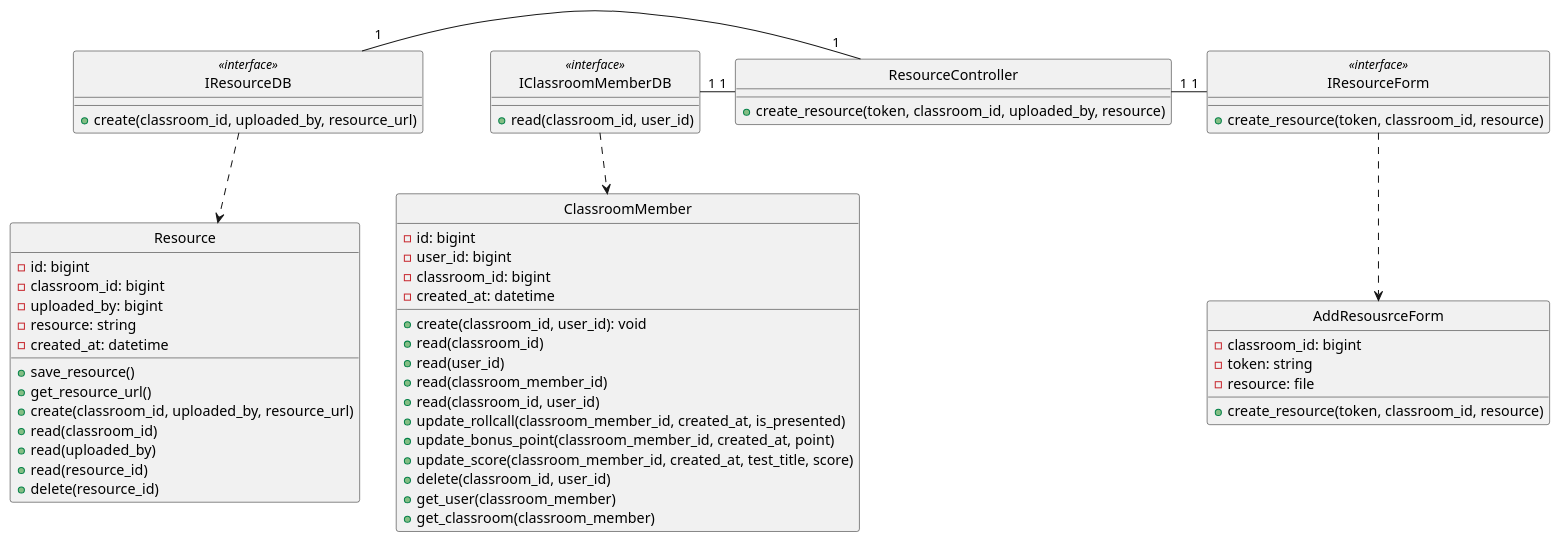
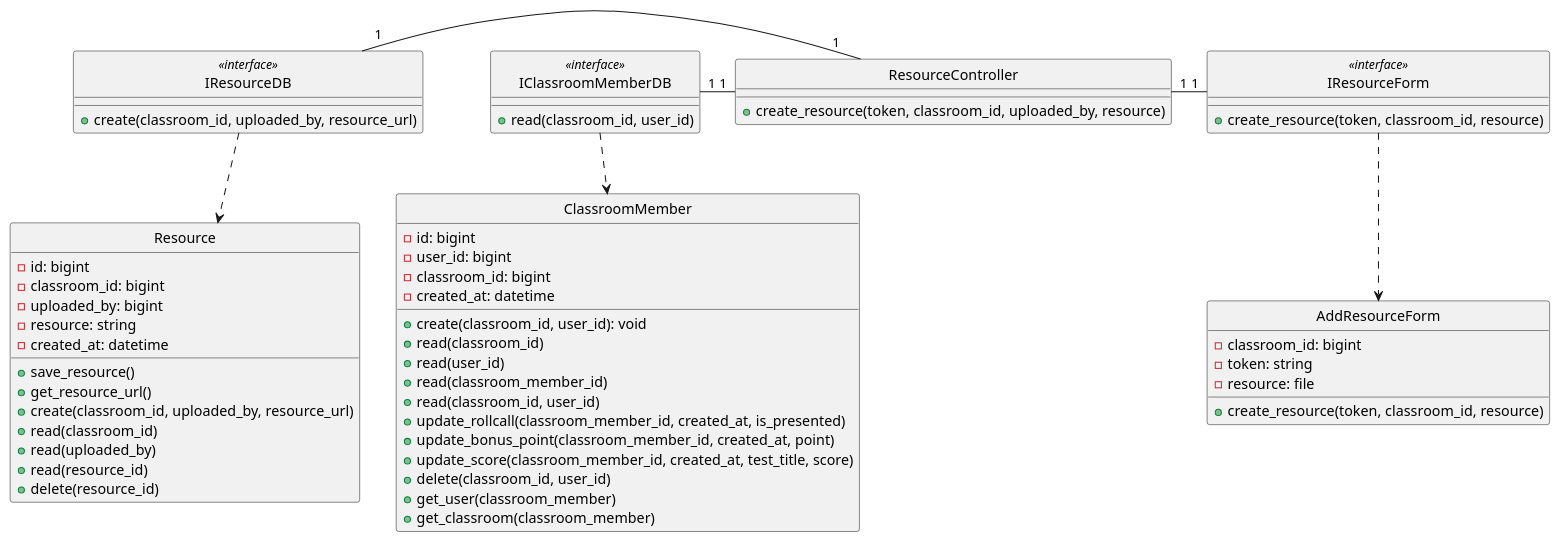
The diagram in class - design/resource/createResource.plantuml (anonyhostvn/OOAD-Diagram), drawn with PlantUML before and after one commit. The commit also changed 3 other files, not shown here.

```diff
--- a/class - design/resource/createResource.plantuml
+++ b/class - design/resource/createResource.plantuml
@@ -1,80 +1,80 @@
 @startuml addResource
 
-class AddResousrceForm {
+class AddResourceForm {
     - classroom_id: bigint
     - token: string
     - resource: file
 
     + create_resource(token, classroom_id, resource)
 }
 
 class IResourceForm <<interface>> {
     + create_resource(token, classroom_id, resource)
 }
 
 class ResourceController {
     + create_resource(token, classroom_id, uploaded_by, resource)
 }
 
 class ClassroomMember {
     - id: bigint
     - user_id: bigint
     - classroom_id: bigint
     - created_at: datetime
 
     + create(classroom_id, user_id): void
     + read(classroom_id)
     + read(user_id)
     + read(classroom_member_id)
     + read(classroom_id, user_id)
     + update_rollcall(classroom_member_id, created_at, is_presented)
     + update_bonus_point(classroom_member_id, created_at, point)
     + update_score(classroom_member_id, created_at, test_title, score)
     + delete(classroom_id, user_id)
     + get_user(classroom_member)
     + get_classroom(classroom_member)
 }
 
 class IClassroomMemberDB <<interface>> {
     + read(classroom_id, user_id)
 }
 
 
 class Resource {
     -id: bigint
     -classroom_id: bigint
     -uploaded_by: bigint
     -resource: string
     -created_at: datetime
 
     + save_resource()
     + get_resource_url()
     +create(classroom_id, uploaded_by, resource_url)
     +read(classroom_id)
     +read(uploaded_by)
     +read(resource_id)
     +delete(resource_id)
 }
 
 class IResourceDB <<interface>> {
     + create(classroom_id, uploaded_by, resource_url)
 }
 
-hide AddResousrceForm circle
+hide AddResourceForm circle
 hide IResourceForm <<interface>> circle
 hide ResourceController circle
 hide IClassroomMemberDB <<interface>> circle
 hide ClassroomMember circle
 hide IResourceDB <<interface>> circle
 hide Resource circle 
 
 
-IResourceForm .down.> AddResousrceForm
+IResourceForm .down.> AddResourceForm
 IClassroomMemberDB .down.> ClassroomMember
 IResourceDB .down.> Resource
 IResourceForm "1"-left-"1" ResourceController
 ResourceController "1"-left-"1" IClassroomMemberDB
 ResourceController "1"-left-"1" IResourceDB
 
 
 @enduml
```
